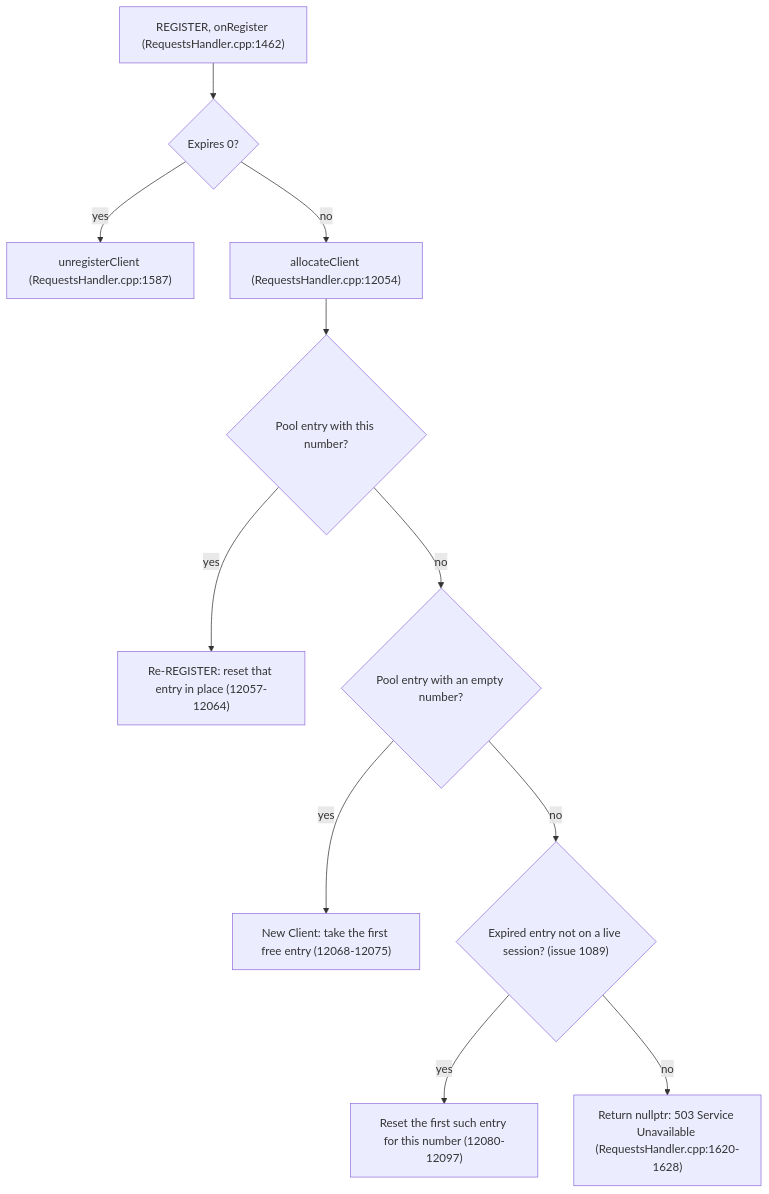
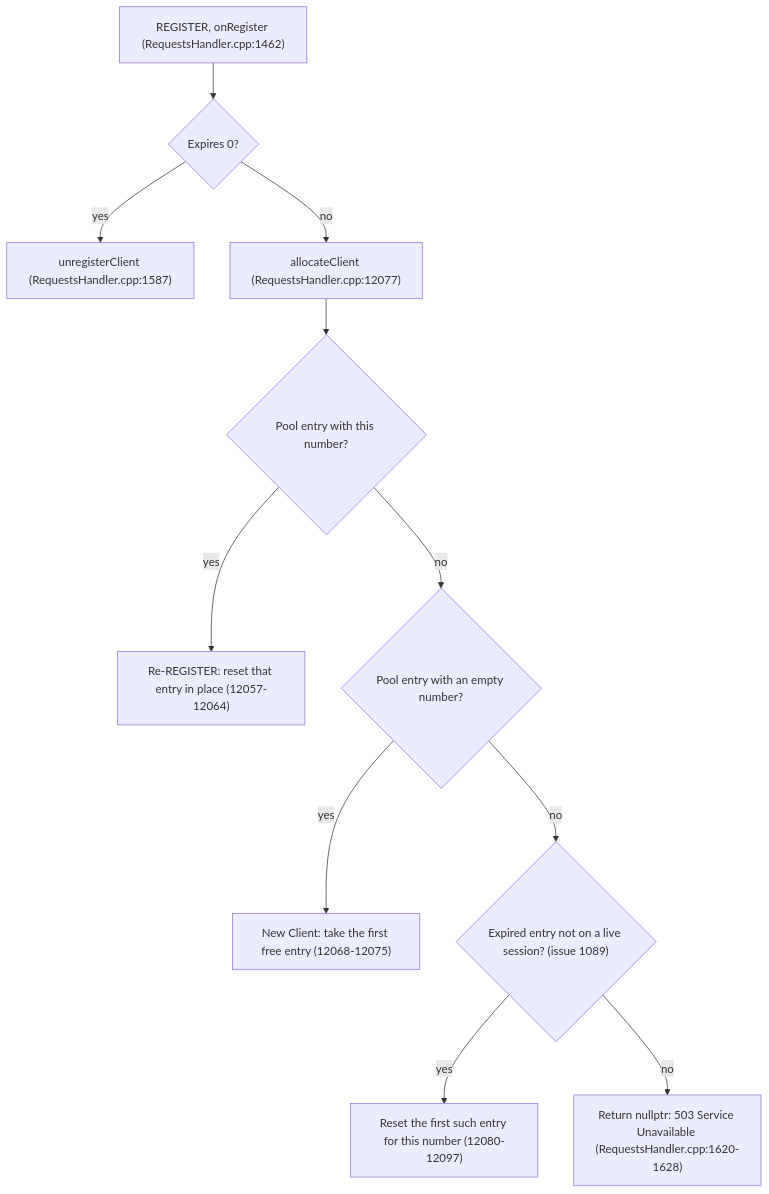
One commit to GlomarGadaffi/pocket-dial changed the diagram in docs/SCALING.md. Above: the diagram before and after it, drawn with Mermaid. The commit also changed 9 other files, not shown here.

````diff
--- a/docs/SCALING.md
+++ b/docs/SCALING.md
@@ -242,13 +242,13 @@
 ```mermaid
 flowchart TD
     A["REGISTER, onRegister (RequestsHandler.cpp:1462)"] --> X{"Expires 0?"}
     X -->|yes| U["unregisterClient (RequestsHandler.cpp:1587)"]
-    X -->|no| Q["allocateClient (RequestsHandler.cpp:12054)"]
+    X -->|no| Q["allocateClient (RequestsHandler.cpp:12077)"]
     Q --> B{"Pool entry with this number?"}
     B -->|yes| C["Re-REGISTER: reset that entry in place (12057-12064)"]
     B -->|no| D{"Pool entry with an empty number?"}
     D -->|yes| E["New Client: take the first free entry (12068-12075)"]
     D -->|no| F{"Expired entry not on a live session? (issue 1089)"}
     F -->|yes| G["Reset the first such entry for this number (12080-12097)"]
     F -->|no| H["Return nullptr: 503 Service Unavailable (RequestsHandler.cpp:1620-1628)"]
 ```
````
